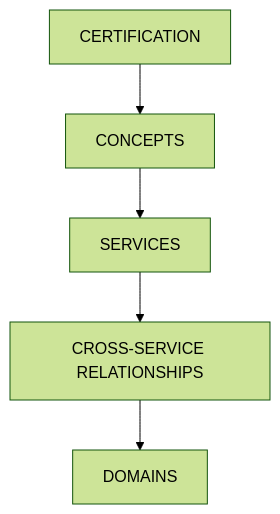
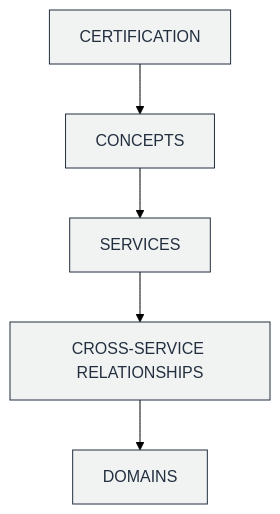
One commit to GabrielAlmeidaFlores/AWS-CloudOps-Engineer-Associate-Doc changed the fourth of 15 diagrams in AGENTS.md. Above: the diagram before and after it, drawn with Mermaid (forest theme). The commit also changed other lines of this file and 22 other files, not shown here.

First line of the commit message:
docs: AWS-styled Mermaid, IAM/VPC console screenshots, and AGENTS.md rules

````diff
--- a/AGENTS.md
+++ b/AGENTS.md
@@ -429,4 +435,6 @@
 ```mermaid
 flowchart TD
-    A[CERTIFICATION] --> B[CONCEPTS] --> C[SERVICES] --> D["CROSS-SERVICE RELATIONSHIPS"] --> E[DOMAINS]
+    A["CERTIFICATION"] --> B["CONCEPTS"] --> C["SERVICES"] --> D["CROSS-SERVICE RELATIONSHIPS"] --> E["DOMAINS"]
+    classDef step fill:#F1F3F3,stroke:#232F3E,color:#232F3E
+    class A,B,C,D,E step
 ```
````
